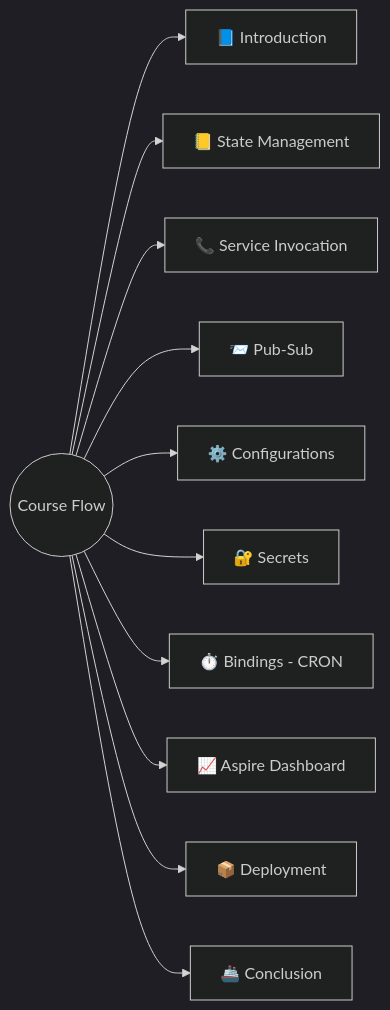
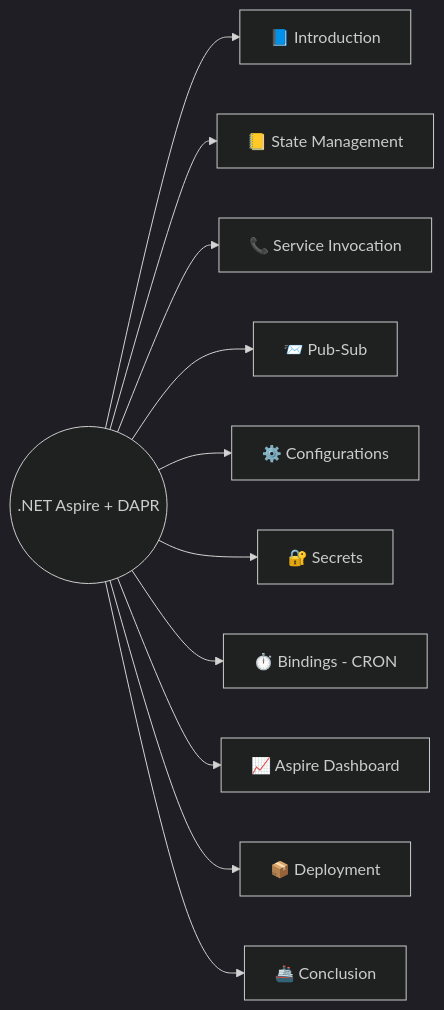
Before and after one commit to NetRecipes/NetRecipes.github.io: the diagram in content/courses/dapr-aspire/_index.md, drawn with Mermaid (dark theme).

Commit message:
Update course title in diagram

````diff
--- a/content/courses/dapr-aspire/_index.md
+++ b/content/courses/dapr-aspire/_index.md
@@ -7,36 +7,36 @@
 ```mermaid
 flowchart LR
-    root((Course Flow))
+    root((.NET Aspire + DAPR))
     intro[📘 Introduction]
     sm[📒 State Management]
     si[📞 Service Invocation]
     ps[📨 Pub‑Sub]
     cfg[⚙️ Configurations]
     sec[🔐 Secrets]
     bind[⏱️ Bindings - CRON]
     dash[📈 Aspire Dashboard]
     dep[📦 Deployment]
     concl[🚢 Conclusion]
 
     root --> intro
     root --> sm
     root --> si
     root --> ps
     root --> cfg
     root --> sec
     root --> bind
     root --> dash
     root --> dep
     root --> concl
 
     click intro "/courses/dapr-aspire/introduction/" "Go to Introduction"
     click sm "/courses/dapr-aspire/state-management/" "Go to State Management"
     click si "/courses/dapr-aspire/service-invocation/" "Go to Service Invocation"
     click ps "/courses/dapr-aspire/pub-sub/" "Go to Pub-Sub"
     click cfg "/courses/dapr-aspire/configurations/" "Go to Configurations"
     click sec "/courses/dapr-aspire/secrets/" "Go to Secrets"
     click bind "/courses/dapr-aspire/bindings/" "Go to Bindings - CRON"
     click dash "/courses/dapr-aspire/aspire-dashboard/" "Go to Aspire Dashboard"
     click dep "/courses/dapr-aspire/deployment/" "Go to Deployment"
     click concl "/courses/dapr-aspire/conclusion/" "Go to Conclusion"
 ```
````
